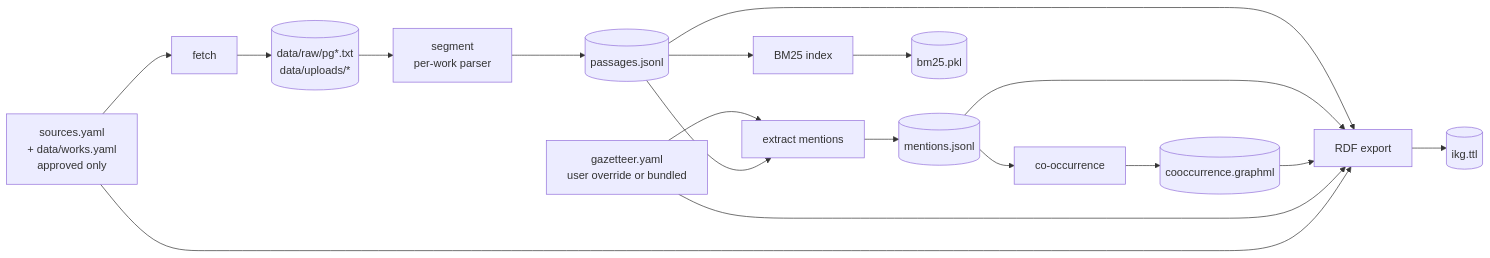
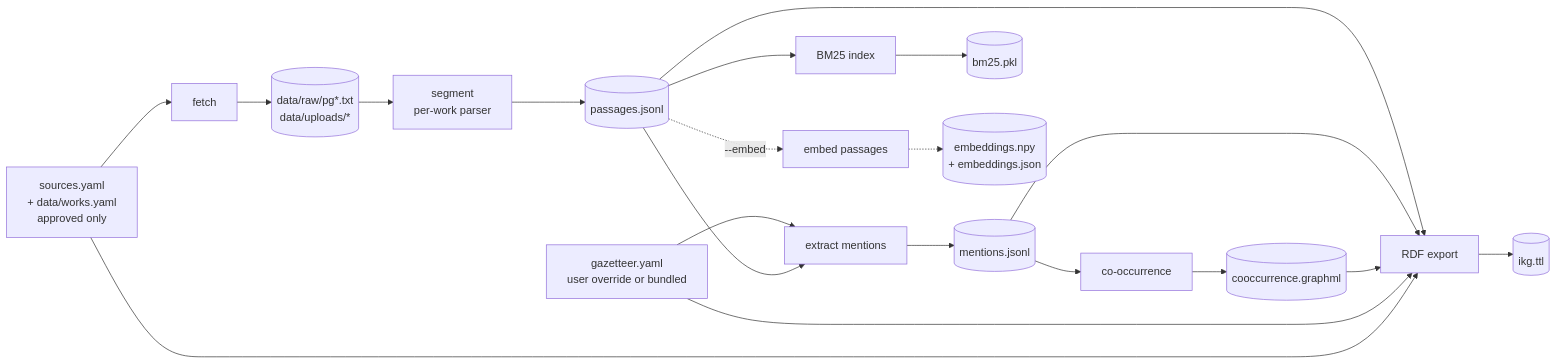
The third of 5 diagrams in docs/02-architecture.md (vkonda2000/indic-knowledge-graph), drawn with Mermaid before and after one commit. The commit also changed other lines of this file and 15 other files, not shown here.

````diff
--- a/docs/02-architecture.md
+++ b/docs/02-architecture.md
@@ -96,13 +96,14 @@
 ```mermaid
 flowchart LR
     reg[sources.yaml<br/>+ data/works.yaml<br/>approved only] --> fetch[fetch]
     fetch --> raw[(data/raw/pg*.txt<br/>data/uploads/*)]
     raw --> seg[segment<br/>per-work parser]
     seg --> P[(passages.jsonl)]
     gz[gazetteer.yaml<br/>user override or bundled] --> ext
     P --> ext[extract mentions]
     ext --> M[(mentions.jsonl)]
     P --> idx[BM25 index] --> B[(bm25.pkl)]
     M --> co[co-occurrence] --> G[(cooccurrence.graphml)]
     P & M & G & gz & reg --> rdf[RDF export] --> T[(ikg.ttl)]
+    P -. "--embed" .-> emb[embed passages] -.-> E[(embeddings.npy<br/>+ embeddings.json)]
 ```
````
